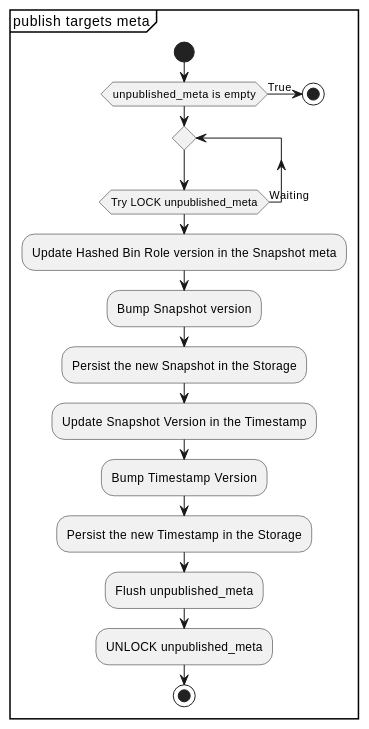
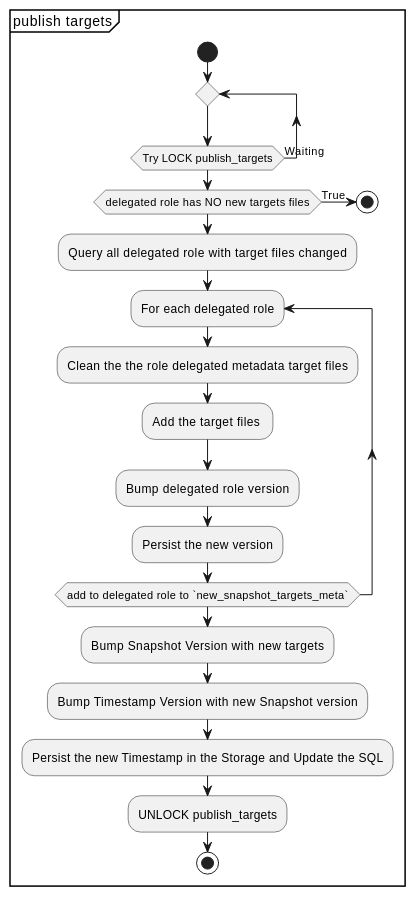
One commit to repository-service-tuf/repository-service-tuf-worker changed the second of 2 diagrams in docs/source/devel/index.rst. Above: the diagram before and after it, drawn with PlantUML. The commit also changed other lines of this file, not shown here.

```diff
--- a/docs/source/devel/index.rst
+++ b/docs/source/devel/index.rst
@@ -138,22 +112,25 @@
 .. uml::
 
    @startuml
-      partition "publish targets meta" {
+      partition "publish targets" {
          start
-         if (unpublished_meta is empty) then (True)
+         repeat
+         repeat while (Try LOCK publish_targets) is (Waiting)
+         if (delegated role has NO new targets files) then (True)
             stop
          else
-            repeat
-            repeat while (Try LOCK unpublished_meta) is (Waiting)
-            :Update Hashed Bin Role version in the Snapshot meta;
-            :Bump Snapshot version;
-            :Persist the new Snapshot in the Storage;
-            :Update Snapshot Version in the Timestamp;
-            :Bump Timestamp Version;
-            :Persist the new Timestamp in the Storage;
-            :Flush unpublished_meta;
-            :UNLOCK unpublished_meta;
-            stop
+            :Query all delegated role with target files changed;
+            repeat :For each delegated role;
+               :Clean the the role delegated metadata target files;
+               :Add the target files ;
+               :Bump delegated role version;
+               :Persist the new version;
+            repeat while (add to delegated role to `new_snapshot_targets_meta`)
+            :Bump Snapshot Version with new targets;
+            :Bump Timestamp Version with new Snapshot version;
+            :Persist the new Timestamp in the Storage and Update the SQL;
+            :UNLOCK publish_targets;
+         stop
          endif
       }
     @enduml
```
